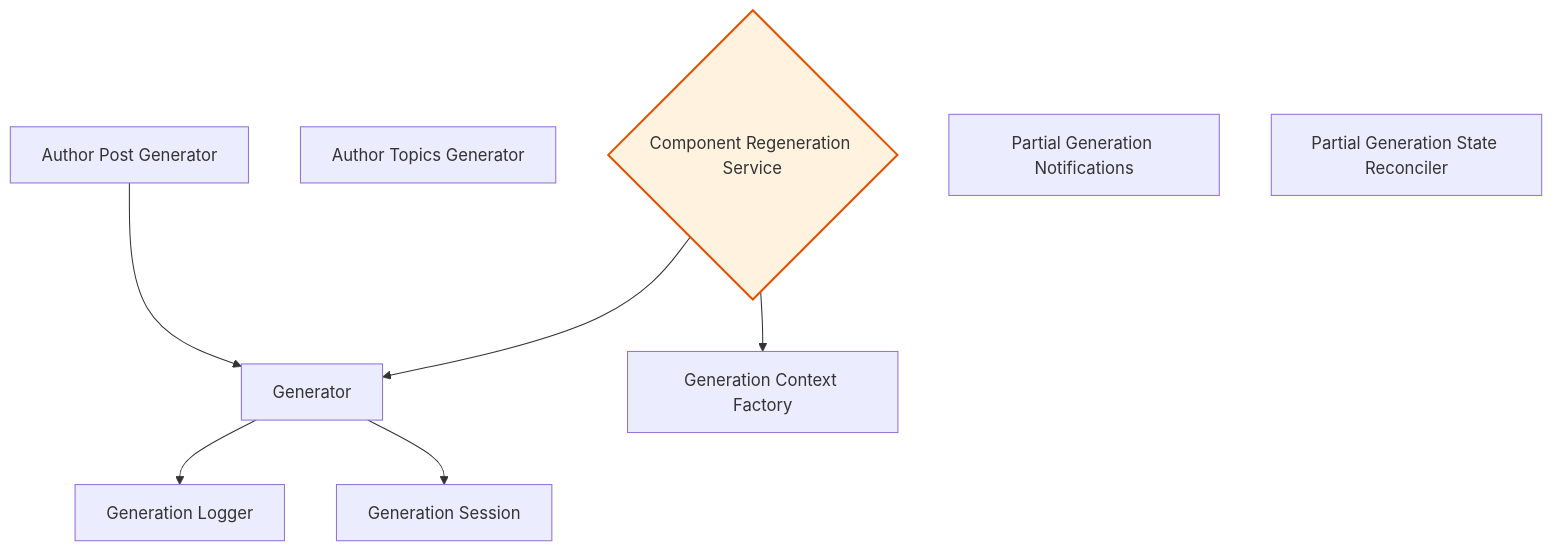
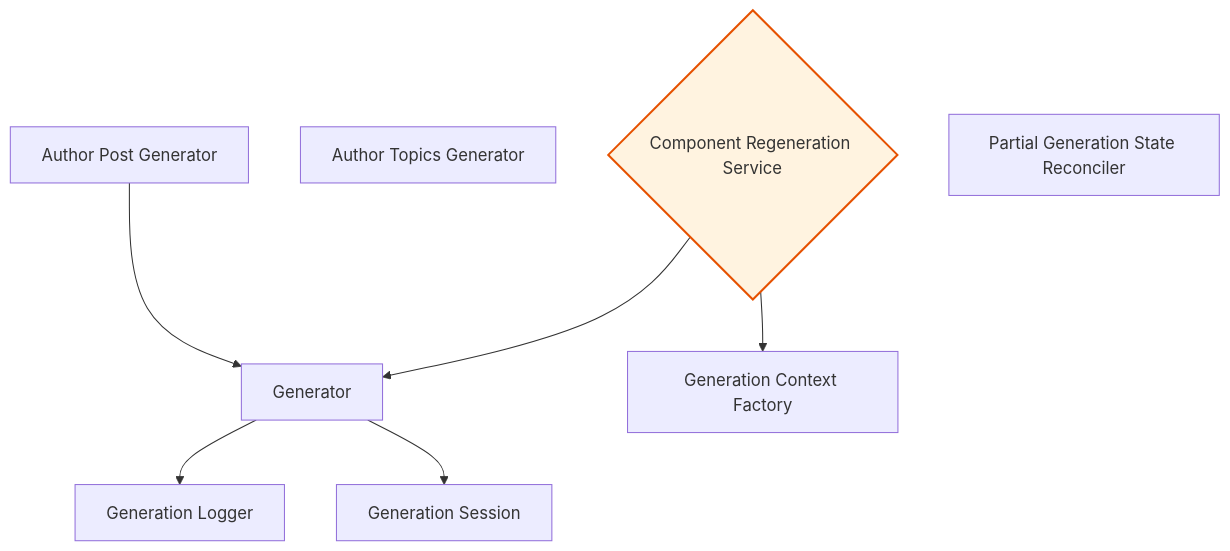
One commit to rpnunez/wp-ai-scheduler changed the second of 10 diagrams in docs/feature-report.md. Above: the diagram before and after it, drawn with Mermaid. The commit also changed other lines of this file and 3 other files, not shown here.

````diff
--- a/docs/feature-report.md
+++ b/docs/feature-report.md
@@ -104,25 +103,24 @@
 ```mermaid
 flowchart TD
     %% Core Generation Architecture
 
     Author_Post_Generator["Author Post Generator"]
     Author_Topics_Generator["Author Topics Generator"]
     Component_Regeneration_Service{"Component Regeneration Service"}
     Generation_Context_Factory["Generation Context Factory"]
     Generation_Logger["Generation Logger"]
     Generation_Session["Generation Session"]
     Generator["Generator"]
-    Partial_Generation_Notifications["Partial Generation Notifications"]
     Partial_Generation_State_Reconciler["Partial Generation State Reconciler"]
 
     Author_Post_Generator --> Generator
     Component_Regeneration_Service --> Generator
     Component_Regeneration_Service --> Generation_Context_Factory
     Generator --> Generation_Logger
     Generator --> Generation_Session
 
     classDef repository fill:#e1f5ff,stroke:#01579b,stroke-width:2px
     classDef service fill:#fff3e0,stroke:#e65100,stroke-width:2px
     classDef controller fill:#f3e5f5,stroke:#4a148c,stroke-width:2px
     class Component_Regeneration_Service service
 ```
````
